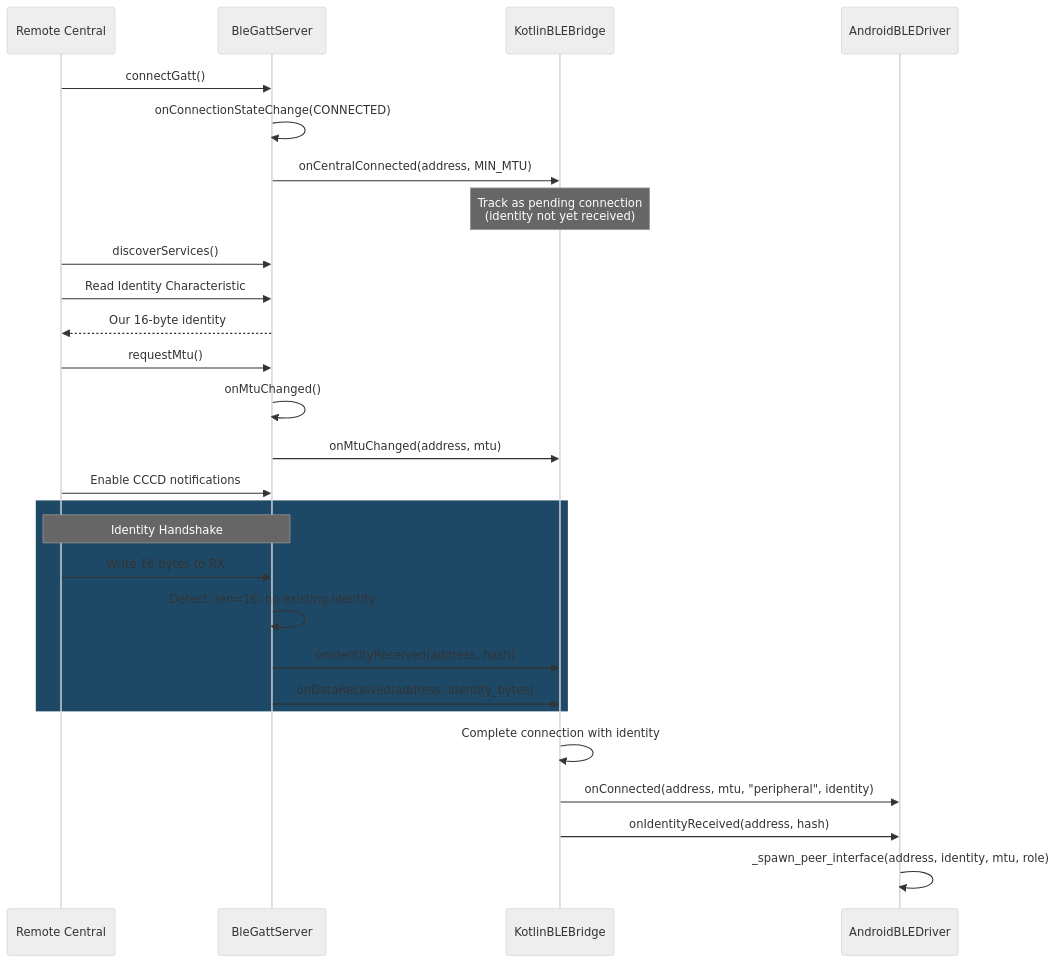
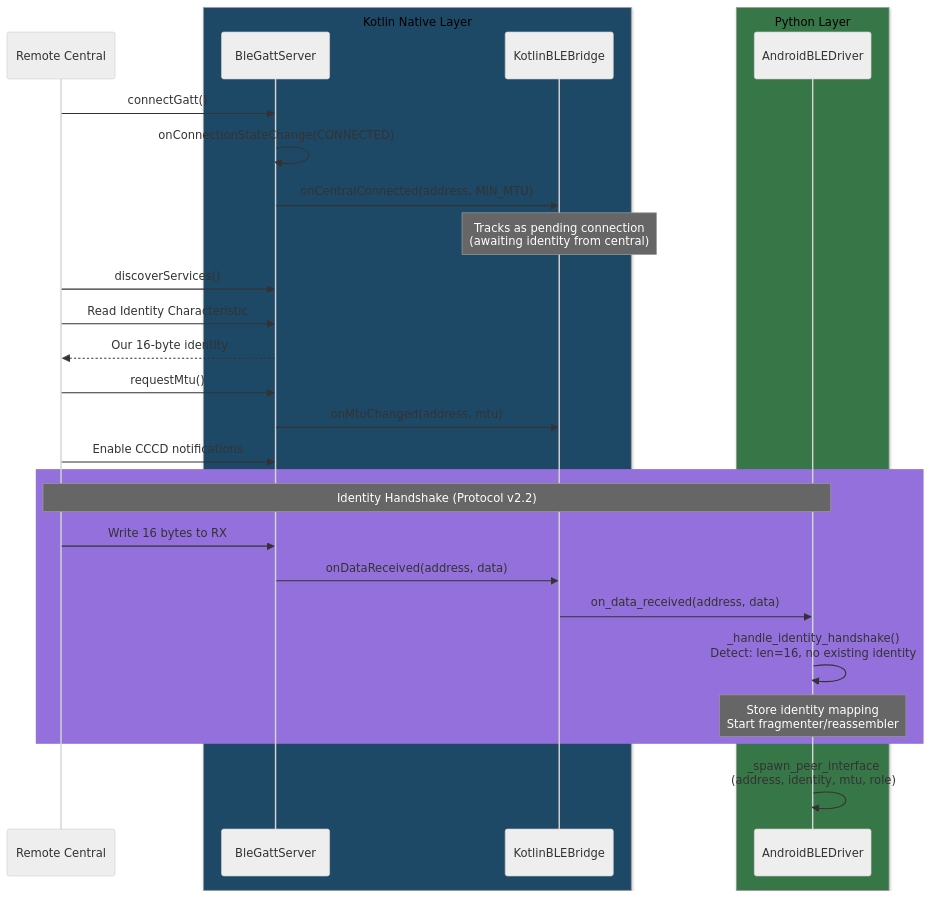
One commit to torlando-tech/columba changed the fourth of 14 diagrams in docs/ble-architecture.md. Above: the diagram before and after it, drawn with Mermaid (neutral theme). The commit also changed 1 other file, not shown here.

Commit message:
refactor: simplify peripheral identity detection - Python handles it (like Linux)
ARCHITECTURE CHANGE:
- Previously, Kotlin detected 16-byte identity handshakes in BleGattServer
  and fired onIdentityReceived callback, but Python ALSO detected them
  via _handle_identity_handshake - creating "double identity callback
  processing" complexity
- Now: Kotlin just passes ALL data to Python via onDataReceived
- Python handles identity detection in a single code path (matching
  the Linux/Bleak architecture)

BleGattServer.kt:
- Commented out Kotlin-side identity detection with explanation
- Moved keepalive start to first data received (was triggered by identity)
- onIdentityReceived callback no longer fires for peripheral mode

ble-architecture.md:
- Updated Peripheral Mode Connection Sequence diagram
- Shows Python detecting identity via _handle_identity_handshake()
- Removed redundant Kotlin detection steps from flow

````diff
--- a/docs/ble-architecture.md
+++ b/docs/ble-architecture.md
@@ -171,35 +171,36 @@
 ```mermaid
 sequenceDiagram
     participant Central as Remote Central
+    box rgb(30, 73, 102) Kotlin Native Layer
     participant Server as BleGattServer
     participant Bridge as KotlinBLEBridge
+    end
+    box rgb(55, 118, 71) Python Layer
     participant Python as AndroidBLEDriver
+    end
 
     Central->>Server: connectGatt()
     Server->>Server: onConnectionStateChange(CONNECTED)
     Server->>Bridge: onCentralConnected(address, MIN_MTU)
-    Note over Bridge: Track as pending connection<br/>(identity not yet received)
+    Note over Bridge: Tracks as pending connection<br/>(awaiting identity from central)
 
     Central->>Server: discoverServices()
     Central->>Server: Read Identity Characteristic
     Server-->>Central: Our 16-byte identity
 
     Central->>Server: requestMtu()
-    Server->>Server: onMtuChanged()
     Server->>Bridge: onMtuChanged(address, mtu)
 
     Central->>Server: Enable CCCD notifications
 
-    rect rgb(30, 73, 102)
-        Note over Central,Server: Identity Handshake
+    rect rgb(147, 112, 219)
+        Note over Central,Python: Identity Handshake (Protocol v2.2)
         Central->>Server: Write 16 bytes to RX
-        Server->>Server: Detect: len=16, no existing identity
-        Server->>Bridge: onIdentityReceived(address, hash)
-        Server->>Bridge: onDataReceived(address, identity_bytes)
+        Server->>Bridge: onDataReceived(address, data)
+        Bridge->>Python: on_data_received(address, data)
+        Python->>Python: _handle_identity_handshake()<br/>Detect: len=16, no existing identity
+        Note over Python: Store identity mapping<br/>Start fragmenter/reassembler
     end
 
-    Bridge->>Bridge: Complete connection with identity
-    Bridge->>Python: onConnected(address, mtu, "peripheral", identity)
-    Bridge->>Python: onIdentityReceived(address, hash)
-    Python->>Python: _spawn_peer_interface(address, identity, mtu, role)
+    Python->>Python: _spawn_peer_interface<br/>(address, identity, mtu, role)
 ```
````
